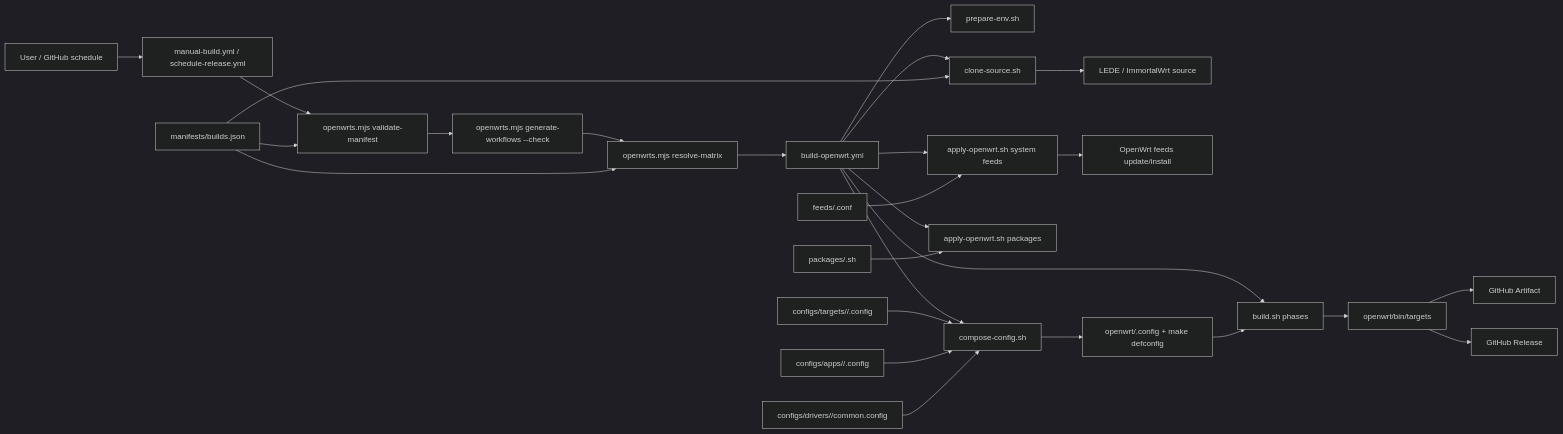
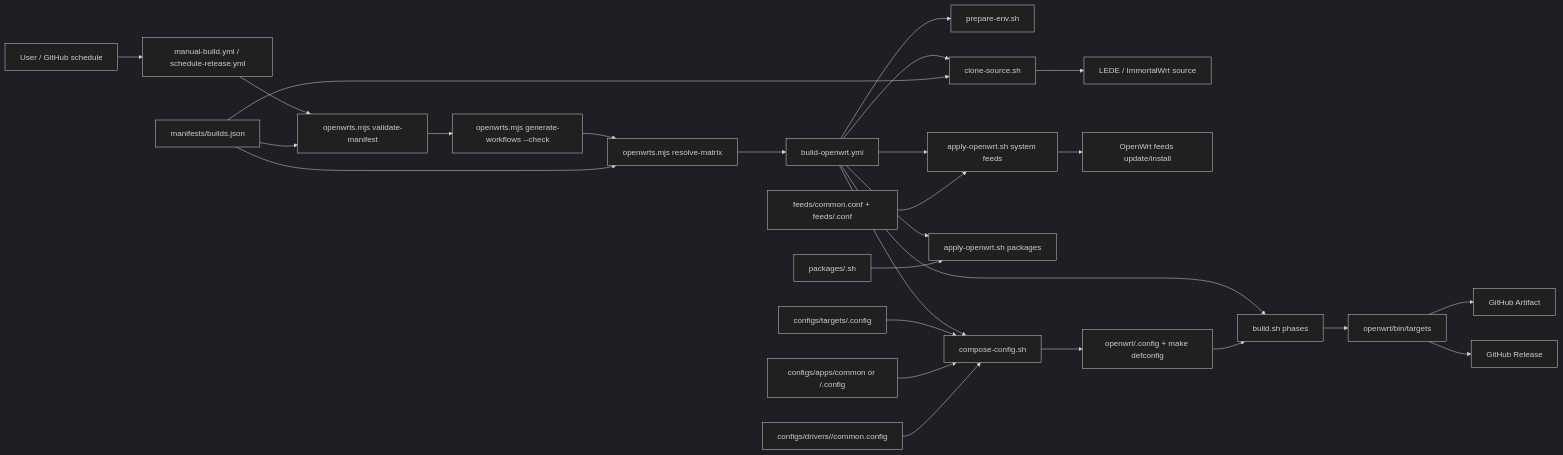
The first of 2 diagrams in docs/project-analysis.md (bigbugcc/OpenWrts), drawn with Mermaid (dark theme) before and after one commit. The commit also changed other lines of this file and 19 other files, not shown here.

Commit message:
Refactor build matrix for shared configs and device names

````diff
--- a/docs/project-analysis.md
+++ b/docs/project-analysis.md
@@ -13,34 +13,34 @@
 ```mermaid
 flowchart LR
     User["User / GitHub schedule"] --> Entry["manual-build.yml / schedule-release.yml"]
     Entry --> Validate["openwrts.mjs validate-manifest"]
     Validate --> Check["openwrts.mjs generate-workflows --check"]
     Check --> Matrix["openwrts.mjs resolve-matrix"]
     Manifest["manifests/builds.json"] --> Validate
     Manifest --> Matrix
     Matrix --> Reusable["build-openwrt.yml"]
 
     Reusable --> Env["prepare-env.sh"]
     Reusable --> Clone["clone-source.sh"]
     Manifest --> Clone
     Clone --> Upstream["LEDE / ImmortalWrt source"]
 
     Reusable --> ApplyBase["apply-openwrt.sh system feeds"]
-    FeedsCfg["feeds/<repo>.conf"] --> ApplyBase
+    FeedsCfg["feeds/common.conf + feeds/<repo>.conf"] --> ApplyBase
     ApplyBase --> FeedUpdate["OpenWrt feeds update/install"]
 
     Reusable --> ApplyPkgs["apply-openwrt.sh packages"]
     PkgScript["packages/<repo>.sh"] --> ApplyPkgs
 
     Reusable --> Config["compose-config.sh"]
-    TargetCfg["configs/targets/<repo>/<device>.config"] --> Config
-    AppCfg["configs/apps/<repo>/<flavor>.config"] --> Config
+    TargetCfg["configs/targets/<device>.config"] --> Config
+    AppCfg["configs/apps/common or <repo>/<flavor>.config"] --> Config
     DriverCfg["configs/drivers/<repo>/common.config"] --> Config
     Config --> DotConfig["openwrt/.config + make defconfig"]
 
     Reusable --> Build["build.sh phases"]
     DotConfig --> Build
     Build --> Firmware["openwrt/bin/targets"]
     Firmware --> Artifact["GitHub Artifact"]
     Firmware --> Release["GitHub Release"]
 ```
````
